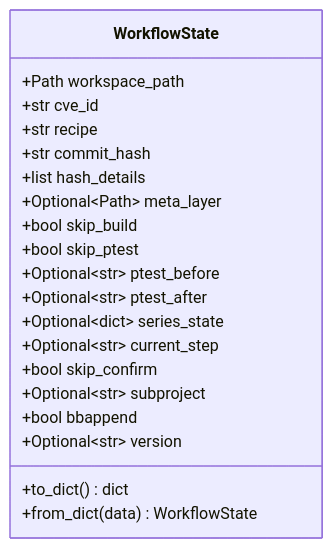
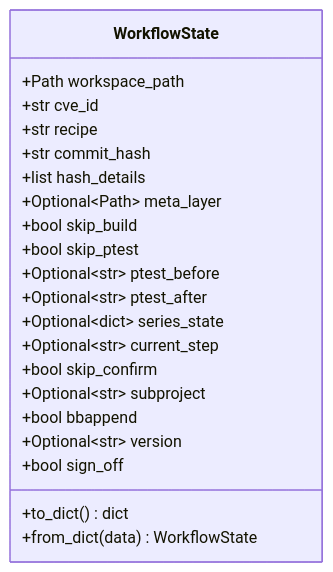
The first of 7 diagrams in .agents/summary/data_models.md (Ericsson/yocto-security-tools), drawn with Mermaid before and after one commit. The commit also changed other lines of this file and 16 other files, not shown here.

````diff
--- a/.agents/summary/data_models.md
+++ b/.agents/summary/data_models.md
@@ -9,23 +9,24 @@
 ```mermaid
 classDiagram
     class WorkflowState {
         +Path workspace_path
         +str cve_id
         +str recipe
         +str commit_hash
         +list hash_details
         +Optional~Path~ meta_layer
         +bool skip_build
         +bool skip_ptest
         +Optional~str~ ptest_before
         +Optional~str~ ptest_after
         +Optional~dict~ series_state
         +Optional~str~ current_step
         +bool skip_confirm
         +Optional~str~ subproject
         +bool bbappend
         +Optional~str~ version
+        +bool sign_off
         +to_dict() dict
         +from_dict(data) WorkflowState
     }
 ```
````
